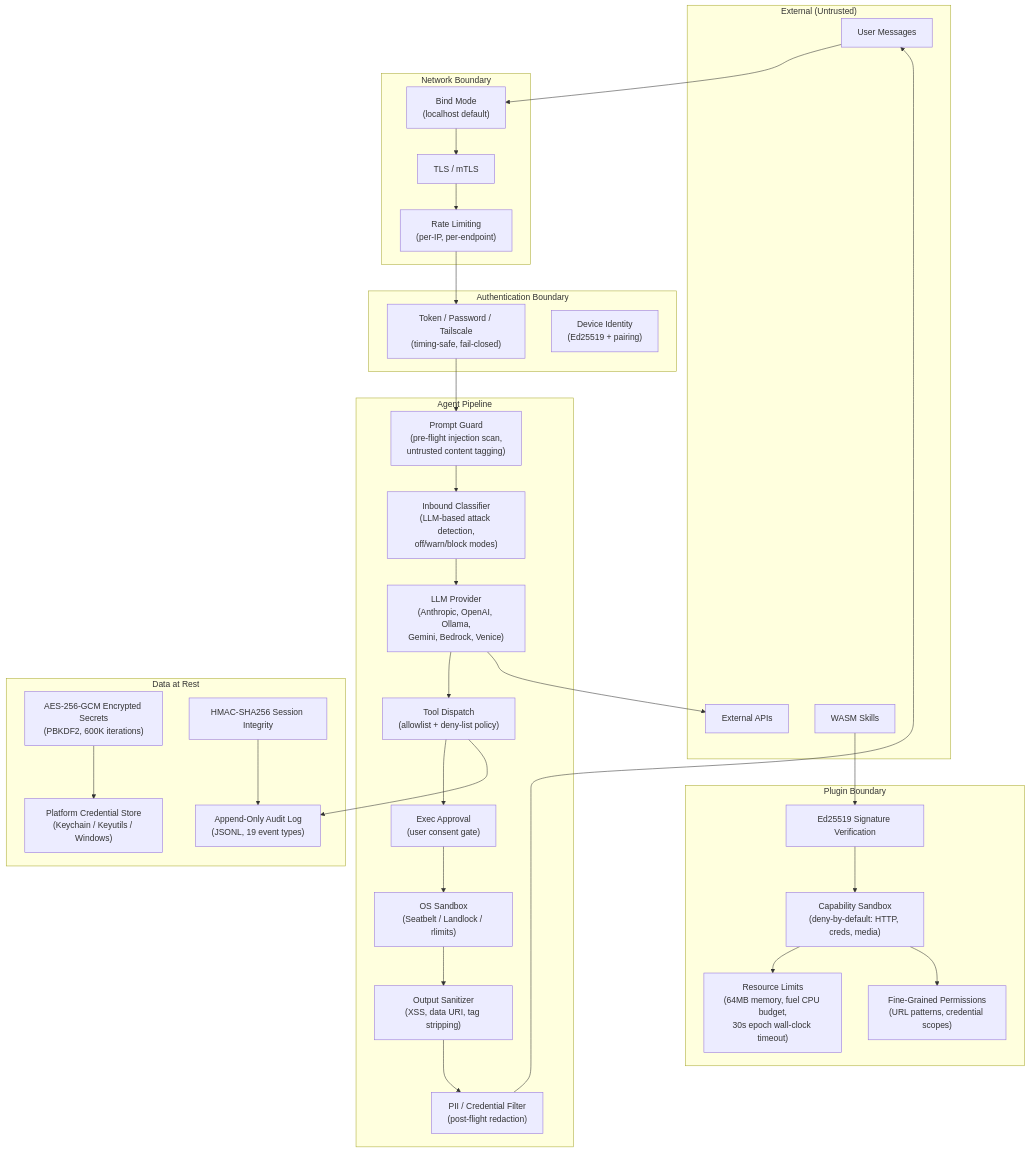
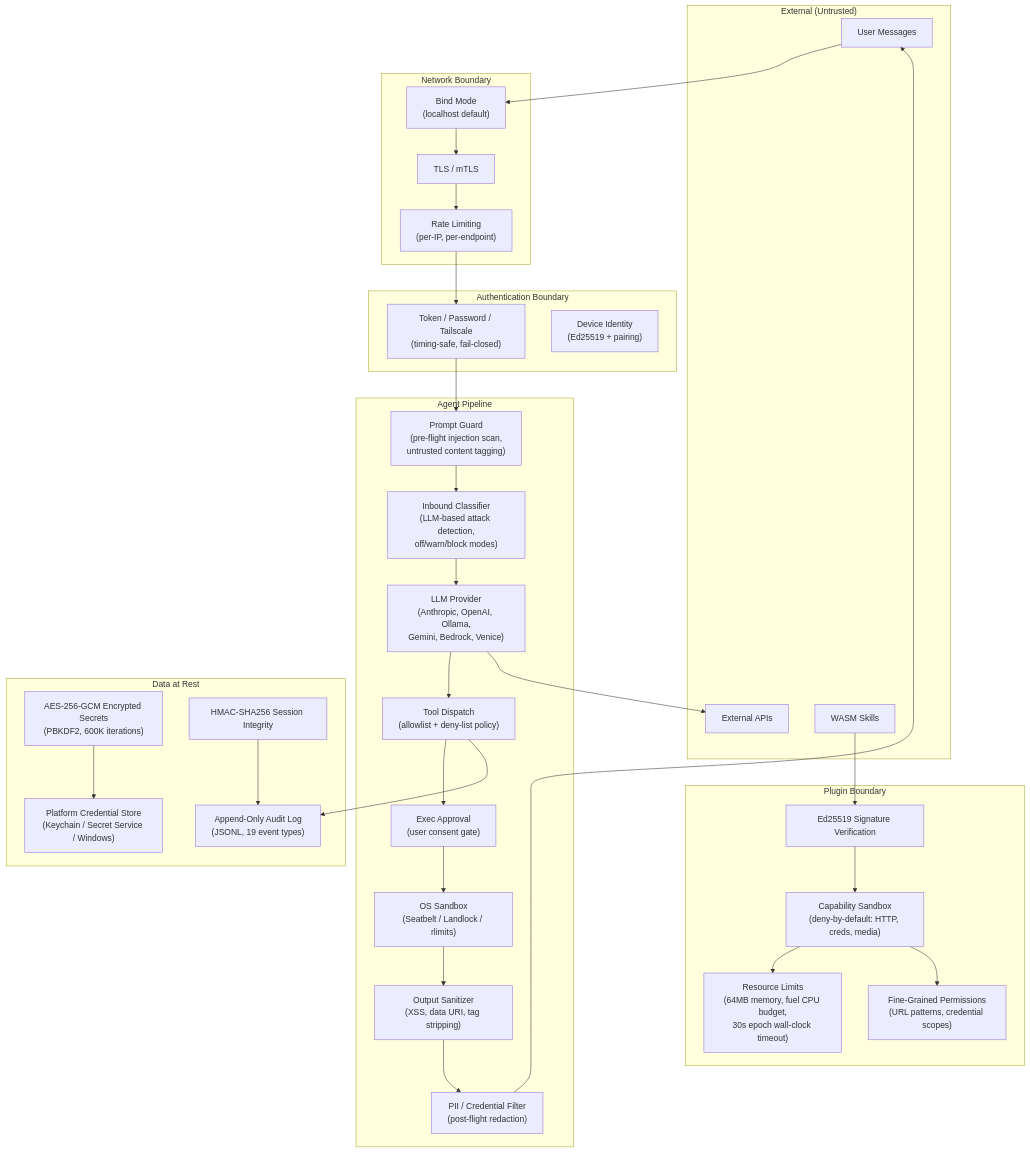
Before and after one commit to puremachinery/carapace: the diagram in docs/security.md, drawn with Mermaid. The commit also changed other lines of this file and 30 other files, not shown here.

````diff
--- a/docs/security.md
+++ b/docs/security.md
@@ -40,59 +40,59 @@
 ```mermaid
 graph TB
     subgraph "External (Untrusted)"
         User[User Messages]
         ExtAPI[External APIs]
         Skills[WASM Skills]
     end
 
     subgraph "Network Boundary"
         Bind["Bind Mode<br/>(localhost default)"]
         TLS["TLS / mTLS"]
         RateLimit["Rate Limiting<br/>(per-IP, per-endpoint)"]
     end
 
     subgraph "Authentication Boundary"
         Auth["Token / Password / Tailscale<br/>(timing-safe, fail-closed)"]
         DeviceAuth["Device Identity<br/>(Ed25519 + pairing)"]
     end
 
     subgraph "Agent Pipeline"
         PromptGuard["Prompt Guard<br/>(pre-flight injection scan,<br/>untrusted content tagging)"]
         Classifier["Inbound Classifier<br/>(LLM-based attack detection,<br/>off/warn/block modes)"]
         LLM["LLM Provider<br/>(Anthropic, OpenAI, Ollama,<br/>Gemini, Bedrock, Venice)"]
         ToolDispatch["Tool Dispatch<br/>(allowlist + deny-list policy)"]
         ExecApproval["Exec Approval<br/>(user consent gate)"]
         Sandbox["OS Sandbox<br/>(Seatbelt / Landlock / rlimits)"]
         OutputCSP["Output Sanitizer<br/>(XSS, data URI, tag stripping)"]
         PIIFilter["PII / Credential Filter<br/>(post-flight redaction)"]
     end
 
     subgraph "Data at Rest"
         Secrets["AES-256-GCM Encrypted Secrets<br/>(PBKDF2, 600K iterations)"]
         Sessions["HMAC-SHA256 Session Integrity"]
         Audit["Append-Only Audit Log<br/>(JSONL, 19 event types)"]
-        Keychain["Platform Credential Store<br/>(Keychain / Keyutils / Windows)"]
+        Keychain["Platform Credential Store<br/>(Keychain / Secret Service / Windows)"]
     end
 
     subgraph "Plugin Boundary"
         PluginSig["Ed25519 Signature Verification"]
         PluginCaps["Capability Sandbox<br/>(deny-by-default: HTTP, creds, media)"]
         PluginRes["Resource Limits<br/>(64MB memory, fuel CPU budget,<br/>30s epoch wall-clock timeout)"]
         PluginPerms["Fine-Grained Permissions<br/>(URL patterns, credential scopes)"]
     end
 
     User --> Bind --> TLS --> RateLimit --> Auth
     Auth --> PromptGuard --> Classifier --> LLM
     LLM --> ToolDispatch --> ExecApproval --> Sandbox
     Sandbox --> OutputCSP --> PIIFilter
     PIIFilter --> User
 
     LLM --> ExtAPI
     ToolDispatch --> Audit
 
     Skills --> PluginSig --> PluginCaps --> PluginRes
     PluginCaps --> PluginPerms
 
     Secrets --> Keychain
     Sessions --> Audit
 ```
````
